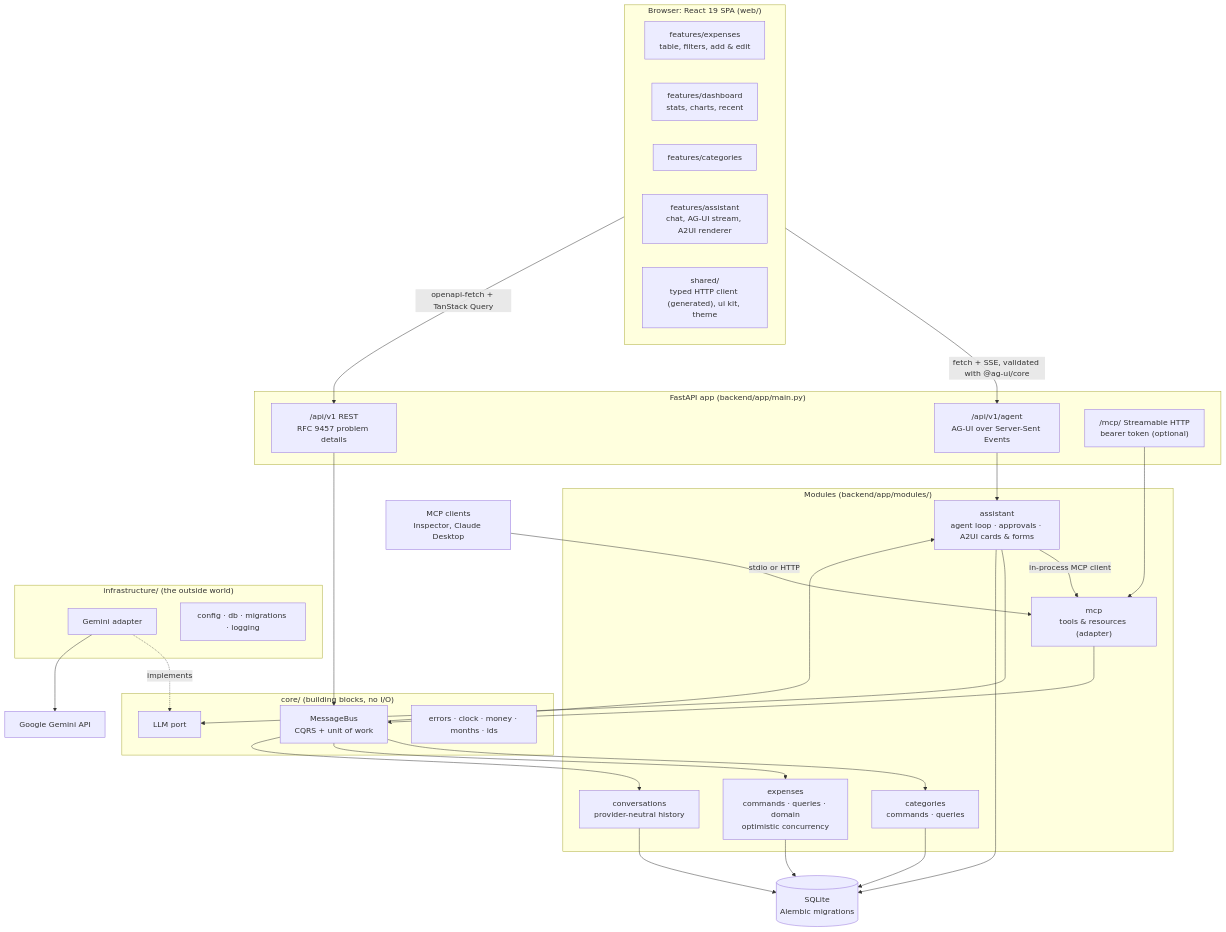
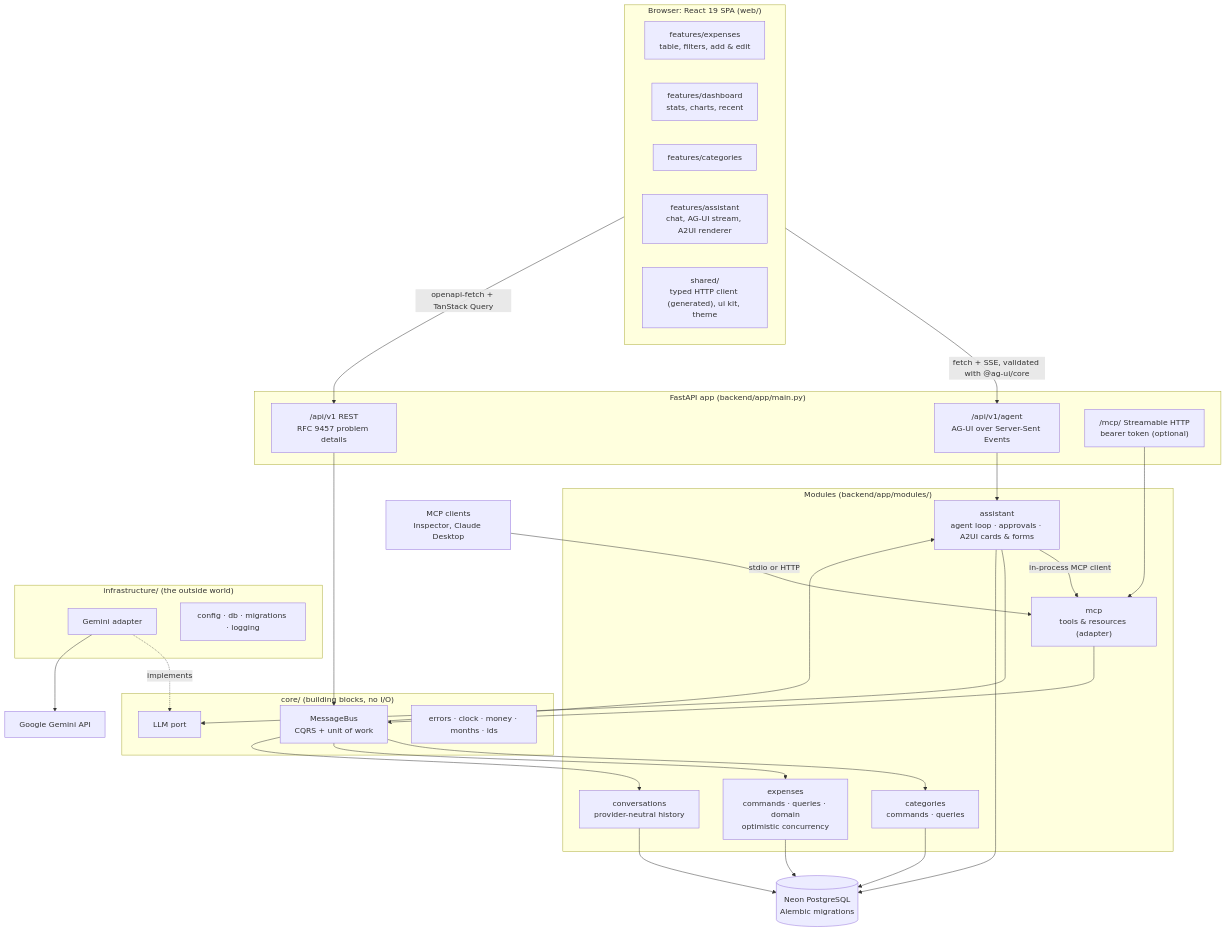
The diagram in README.md (primecoderIN/trackwise.ai), drawn with Mermaid before and after one commit. The commit also changed other lines of this file and 26 other files, not shown here.

First line of the commit message:
Switch application database to Neon PostgreSQL

````diff
--- a/README.md
+++ b/README.md
@@ -42,54 +42,54 @@
 ```mermaid
 flowchart TD
     subgraph Browser ["Browser: React 19 SPA (web/)"]
         direction LR
         F_EXP["features/expenses<br/>table, filters, add & edit"]
         F_DASH["features/dashboard<br/>stats, charts, recent"]
         F_CAT["features/categories"]
         F_AST["features/assistant<br/>chat, AG-UI stream, A2UI renderer"]
         SHARED["shared/<br/>typed HTTP client (generated), ui kit, theme"]
     end
 
     subgraph Host ["FastAPI app (backend/app/main.py)"]
         REST["/api/v1 REST<br/>RFC 9457 problem details"]
         AGUI["/api/v1/agent<br/>AG-UI over Server-Sent Events"]
         MCPHTTP["/mcp/ Streamable HTTP<br/>bearer token (optional)"]
     end
 
     subgraph Modules ["Modules (backend/app/modules/)"]
         CAT["categories<br/>commands · queries"]
         EXP["expenses<br/>commands · queries · domain<br/>optimistic concurrency"]
         CONV["conversations<br/>provider-neutral history"]
         AST["assistant<br/>agent loop · approvals · A2UI cards & forms"]
         MCP["mcp<br/>tools & resources (adapter)"]
     end
 
     subgraph Core ["core/ (building blocks, no I/O)"]
         BUS["MessageBus<br/>CQRS + unit of work"]
         LLM["LLM port"]
         VALUES["errors · clock · money · months · ids"]
     end
 
     subgraph Infra ["infrastructure/ (the outside world)"]
         GEMA["Gemini adapter"]
         INFRA["config · db · migrations · logging"]
     end
 
-    DB[("SQLite<br/>Alembic migrations")]
+    DB[("Neon PostgreSQL<br/>Alembic migrations")]
     GEM["Google Gemini API"]
     EXT["MCP clients<br/>Inspector, Claude Desktop"]
 
     Browser -->|"openapi-fetch + TanStack Query"| REST
     F_AST -->|"fetch + SSE, validated with @ag-ui/core"| AGUI
     REST --> BUS
     AGUI --> AST
     AST -->|"in-process MCP client"| MCP
     AST --> LLM
     MCP --> BUS
     MCPHTTP --> MCP
     EXT -->|"stdio or HTTP"| MCP
     BUS --> CAT & EXP & CONV & AST
     CAT & EXP & CONV & AST --> DB
     GEMA -.->|implements| LLM
     GEMA --> GEM
 ```
````
